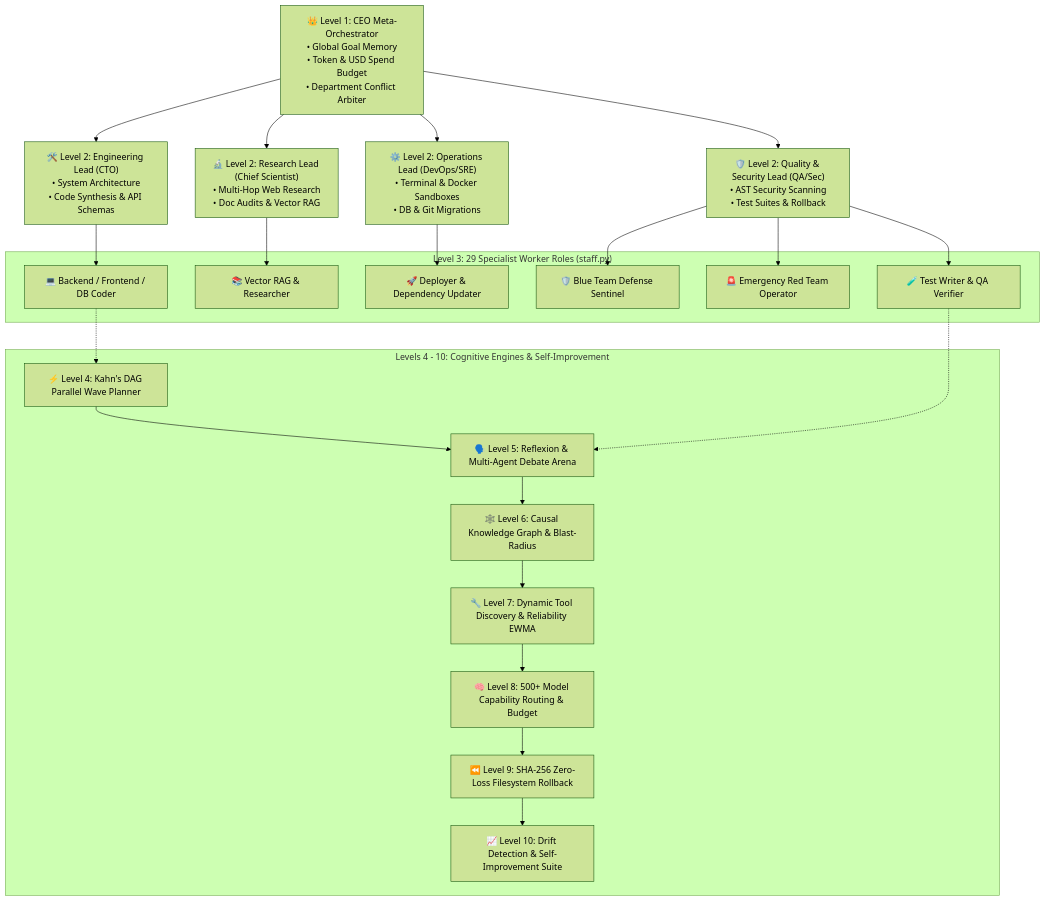
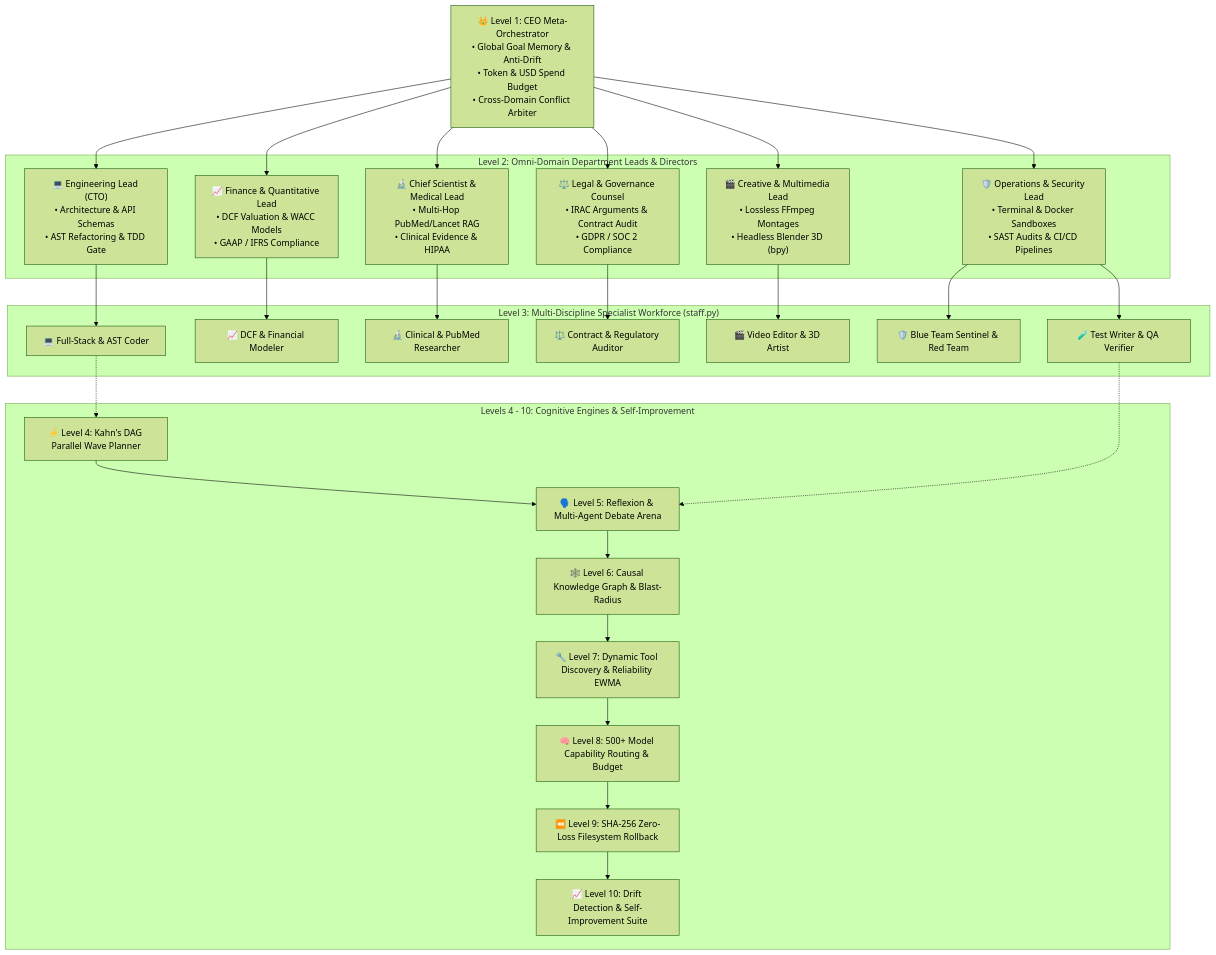
One commit to kapitan00000978-sketch/Titan-agent- changed the second of 3 diagrams in README.md. Above: the diagram before and after it, drawn with Mermaid (forest theme). The commit also changed other lines of this file, not shown here.

Commit message:
docs(readme): upgrade lifecycle, genesis swarm, and omni-domain to native GitHub Mermaid visual diagrams

````diff
--- a/README.md
+++ b/README.md
@@ -209,49 +216,57 @@
 ```mermaid
 graph TD
-    CEO["👑 Level 1: CEO Meta-Orchestrator<br/>• Global Goal Memory<br/>• Token & USD Spend Budget<br/>• Department Conflict Arbiter"]
+    CEO["👑 Level 1: CEO Meta-Orchestrator<br/>• Global Goal Memory & Anti-Drift<br/>• Token & USD Spend Budget<br/>• Cross-Domain Conflict Arbiter"]
 
-    CTO["🛠️ Level 2: Engineering Lead (CTO)<br/>• System Architecture<br/>• Code Synthesis & API Schemas"]
-    SCI["🔬 Level 2: Research Lead (Chief Scientist)<br/>• Multi-Hop Web Research<br/>• Doc Audits & Vector RAG"]
-    OPS["⚙️ Level 2: Operations Lead (DevOps/SRE)<br/>• Terminal & Docker Sandboxes<br/>• DB & Git Migrations"]
-    SEC["🛡️ Level 2: Quality & Security Lead (QA/Sec)<br/>• AST Security Scanning<br/>• Test Suites & Rollback"]
+    subgraph L2 ["Level 2: Omni-Domain Department Leads & Directors"]
+        CTO["💻 Engineering Lead (CTO)<br/>• Architecture & API Schemas<br/>• AST Refactoring & TDD Gate"]
+        FIN["📈 Finance & Quantitative Lead<br/>• DCF Valuation & WACC Models<br/>• GAAP / IFRS Compliance"]
+        SCI["🔬 Chief Scientist & Medical Lead<br/>• Multi-Hop PubMed/Lancet RAG<br/>• Clinical Evidence & HIPAA"]
+        LAW["⚖️ Legal & Governance Counsel<br/>• IRAC Arguments & Contract Audit<br/>• GDPR / SOC 2 Compliance"]
+        MEDIA["🎬 Creative & Multimedia Lead<br/>• Lossless FFmpeg Montages<br/>• Headless Blender 3D (bpy)"]
+        OPS["🛡️ Operations & Security Lead<br/>• Terminal & Docker Sandboxes<br/>• SAST Audits & CI/CD Pipelines"]
+    end
 
     CEO --> CTO
+    CEO --> FIN
     CEO --> SCI
+    CEO --> LAW
+    CEO --> MEDIA
     CEO --> OPS
-    CEO --> SEC
 
-    subgraph L3 ["Level 3: 29 Specialist Worker Roles (staff.py)"]
-        W1["💻 Backend / Frontend / DB Coder"]
-        W2["📚 Vector RAG & Researcher"]
-        W3["🚀 Deployer & Dependency Updater"]
-        W4["🛡️ Blue Team Defense Sentinel"]
-        W5["🚨 Emergency Red Team Operator"]
-        W6["🧪 Test Writer & QA Verifier"]
+    subgraph L3 ["Level 3: Multi-Discipline Specialist Workforce (staff.py)"]
+        W1["💻 Full-Stack & AST Coder"]
+        W2["📈 DCF & Financial Modeler"]
+        W3["🔬 Clinical & PubMed Researcher"]
+        W4["⚖️ Contract & Regulatory Auditor"]
+        W5["🎬 Video Editor & 3D Artist"]
+        W6["🛡️ Blue Team Sentinel & Red Team"]
+        W7["🧪 Test Writer & QA Verifier"]
     end
 
     CTO --> W1
-    SCI --> W2
-    OPS --> W3
-    SEC --> W4
-    SEC --> W5
-    SEC --> W6
+    FIN --> W2
+    SCI --> W3
+    LAW --> W4
+    MEDIA --> W5
+    OPS --> W6
+    OPS --> W7
 
     subgraph L4_10 ["Levels 4 - 10: Cognitive Engines & Self-Improvement"]
         L4["⚡ Level 4: Kahn's DAG Parallel Wave Planner"]
         L5["🗣️ Level 5: Reflexion & Multi-Agent Debate Arena"]
         L6["🕸️ Level 6: Causal Knowledge Graph & Blast-Radius"]
         L7["🔧 Level 7: Dynamic Tool Discovery & Reliability EWMA"]
         L8["🧠 Level 8: 500+ Model Capability Routing & Budget"]
         L9["⏪ Level 9: SHA-256 Zero-Loss Filesystem Rollback"]
         L10["📈 Level 10: Drift Detection & Self-Improvement Suite"]
     end
 
     W1 -.-> L4
-    W6 -.-> L5
+    W7 -.-> L5
     L4 --> L5
     L5 --> L6
     L6 --> L7
     L7 --> L8
     L8 --> L9
     L9 --> L10
 ```
````
